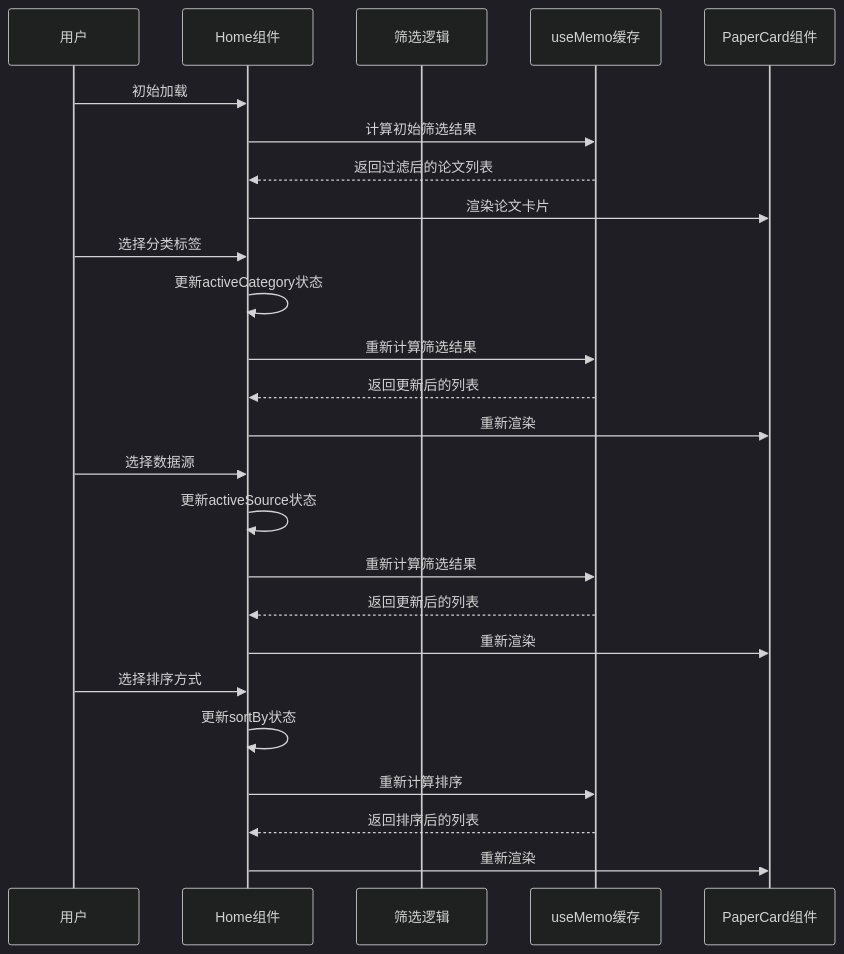
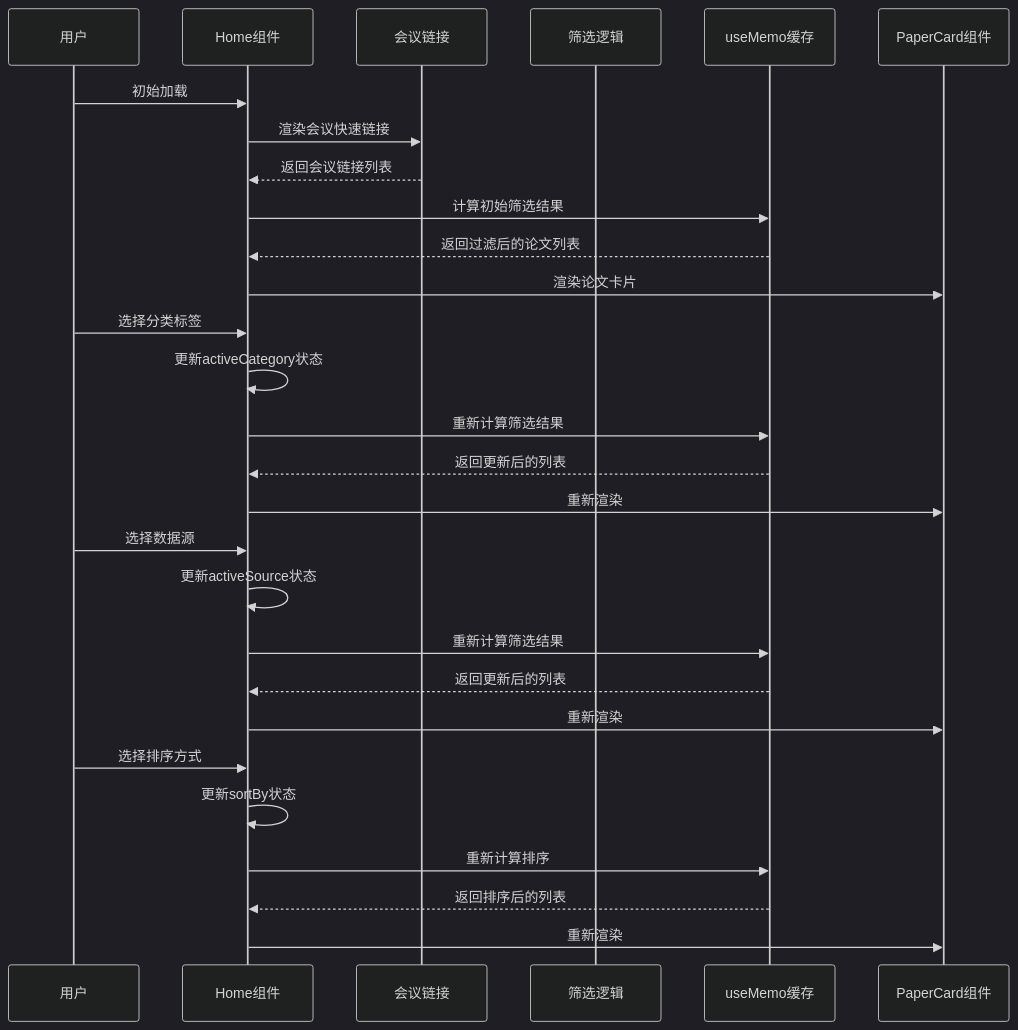
The second of 7 diagrams in .qoder/repowiki/zh/content/页面组件/首页组件.md (erikliu123/storage_ai_blog), drawn with Mermaid (dark theme) before and after one commit. The commit also changed other lines of this file and 84 other files, not shown here.

````diff
--- a/.qoder/repowiki/zh/content/页面组件/首页组件.md
+++ b/.qoder/repowiki/zh/content/页面组件/首页组件.md
@@ -107,27 +137,30 @@
 ```mermaid
 sequenceDiagram
 participant User as 用户
 participant Home as Home组件
+participant ConferenceLinks as 会议链接
 participant Filter as 筛选逻辑
 participant Memo as useMemo缓存
 participant Card as PaperCard组件
 User->>Home : 初始加载
+Home->>ConferenceLinks : 渲染会议快速链接
+ConferenceLinks-->>Home : 返回会议链接列表
 Home->>Memo : 计算初始筛选结果
 Memo-->>Home : 返回过滤后的论文列表
 Home->>Card : 渲染论文卡片
 User->>Home : 选择分类标签
 Home->>Home : 更新activeCategory状态
 Home->>Memo : 重新计算筛选结果
 Memo-->>Home : 返回更新后的列表
 Home->>Card : 重新渲染
 User->>Home : 选择数据源
 Home->>Home : 更新activeSource状态
 Home->>Memo : 重新计算筛选结果
 Memo-->>Home : 返回更新后的列表
 Home->>Card : 重新渲染
 User->>Home : 选择排序方式
 Home->>Home : 更新sortBy状态
 Home->>Memo : 重新计算排序
 Memo-->>Home : 返回排序后的列表
 Home->>Card : 重新渲染
 ```
````
